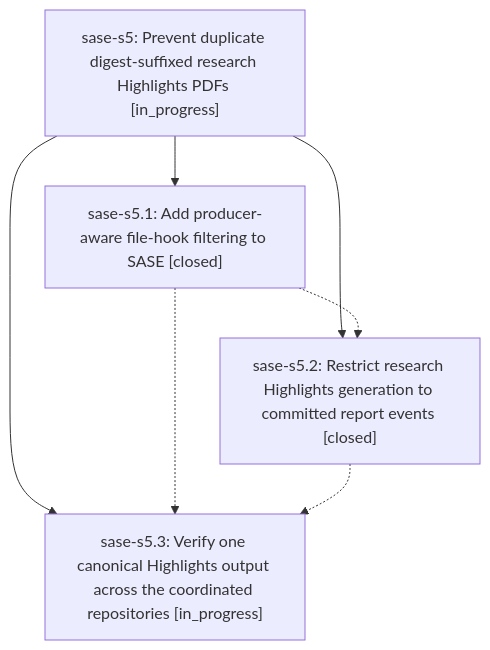
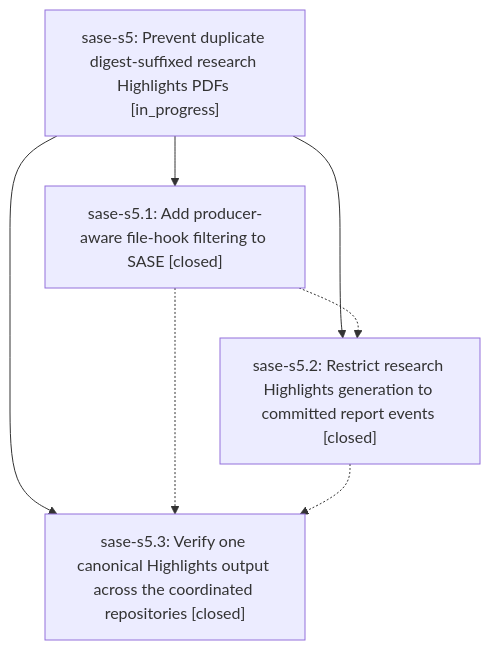
The diagram in pages/sase-s5/README.md (sase-org/sase--beads), drawn with Mermaid before and after one commit. The commit also changed other lines of this file and 3 other files, not shown here.

````diff
--- a/pages/sase-s5/README.md
+++ b/pages/sase-s5/README.md
@@ -24,13 +24,13 @@
 ```mermaid
 flowchart TD
     n0["sase-s5: Prevent duplicate digest-suffixed research Highlights PDFs [in_progress]"]
     n1["sase-s5.1: Add producer-aware file-hook filtering to SASE [closed]"]
     n2["sase-s5.2: Restrict research Highlights generation to committed report events [closed]"]
-    n3["sase-s5.3: Verify one canonical Highlights output across the coordinated repositories [in_progress]"]
+    n3["sase-s5.3: Verify one canonical Highlights output across the coordinated repositories [closed]"]
     n0 --> n1
     n0 --> n2
     n0 --> n3
     n1 -.-> n2
     n1 -.-> n3
     n2 -.-> n3
 ```
````
